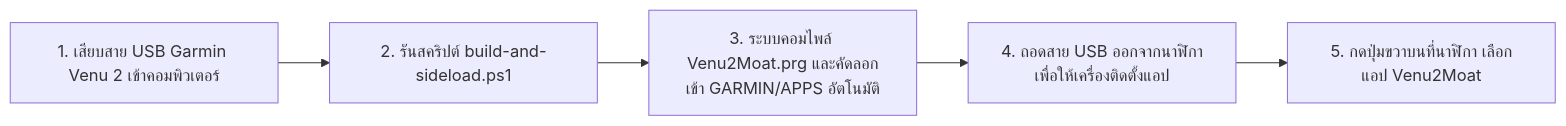
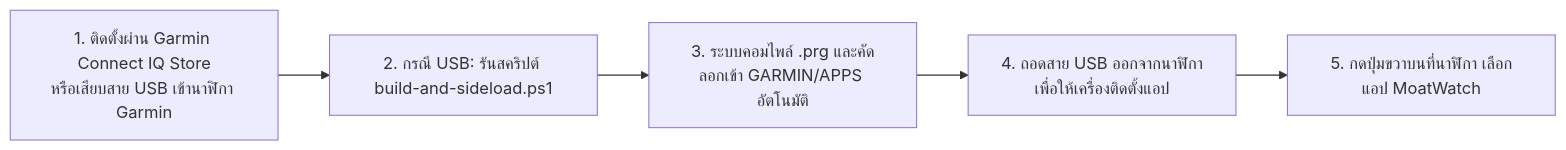
The first of 2 diagrams in docs/01-USER-AND-ADMIN-MANUAL.md (e24qdy2/garmin-venu2-moat), drawn with Mermaid before and after one commit. The commit also changed other lines of this file and 46 other files, not shown here.

Commit message:
docs & feat: update MoatWatch GitHub reports, Garmin multi-device UI wording, Daily US Fear & Greed Index (FG:xx), and Connect IQ Store assets

````diff
--- a/docs/01-USER-AND-ADMIN-MANUAL.md
+++ b/docs/01-USER-AND-ADMIN-MANUAL.md
@@ -31,7 +32,7 @@
 ```mermaid
 flowchart LR
-    A["1. เสียบสาย USB Garmin Venu 2 เข้าคอมพิวเตอร์"] --> B["2. รันสคริปต์ build-and-sideload.ps1"]
-    B --> C["3. ระบบคอมไพล์ Venu2Moat.prg และคัดลอกเข้า GARMIN/APPS อัตโนมัติ"]
+    A["1. ติดตั้งผ่าน Garmin Connect IQ Store<br/>หรือเสียบสาย USB เข้านาฬิกา Garmin"] --> B["2. กรณี USB: รันสคริปต์ build-and-sideload.ps1"]
+    B --> C["3. ระบบคอมไพล์ .prg และคัดลอกเข้า GARMIN/APPS อัตโนมัติ"]
     C --> D["4. ถอดสาย USB ออกจากนาฬิกาเพื่อให้เครื่องติดตั้งแอป"]
-    D --> E["5. กดปุ่มขวาบนที่นาฬิกา เลือกแอป Venu2Moat"]
+    D --> E["5. กดปุ่มขวาบนที่นาฬิกา เลือกแอป MoatWatch"]
 ```
````
